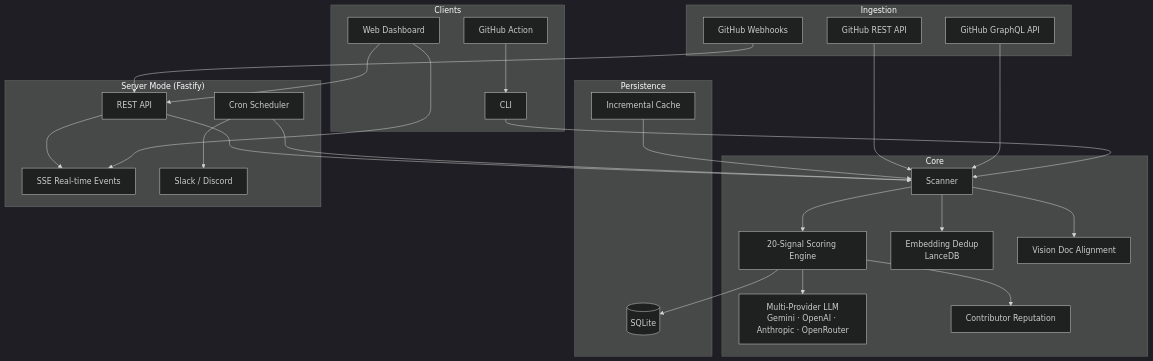
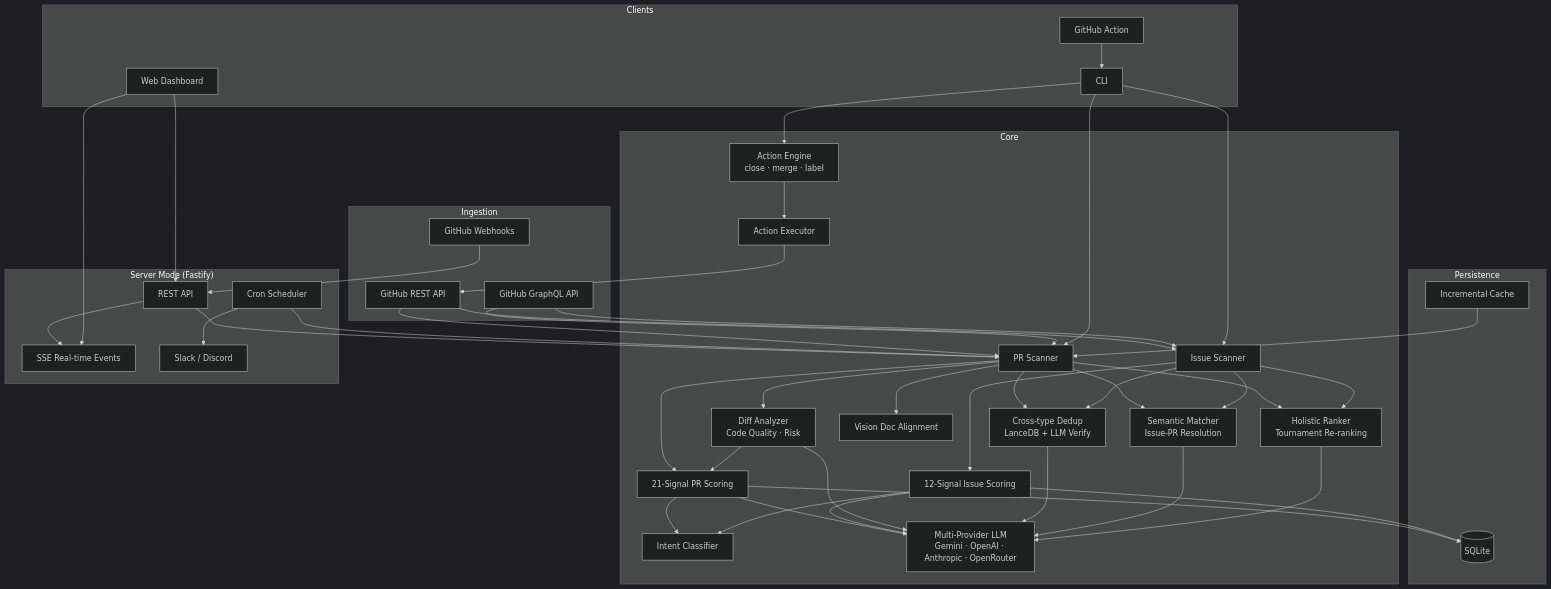
Before and after one commit to mahsumaktas/treliq: the diagram in README.md, drawn with Mermaid (dark theme). The commit also changed other lines of this file and 37 other files, not shown here.

First line of the commit message:
feat: v0.7.0 — Intent Classification, Issue Triage, Auto-Actions, Accuracy Pipeline (#32)

````diff
--- a/README.md
+++ b/README.md
@@ -180,53 +258,74 @@
 ```mermaid
 graph TB
     subgraph Ingestion
         GH_REST[GitHub REST API]
         GH_GQL[GitHub GraphQL API]
         WH[GitHub Webhooks]
     end
 
     subgraph Core
-        Scanner[Scanner]
-        Scoring[20-Signal Scoring Engine]
+        Scanner[PR Scanner]
+        IScan[Issue Scanner]
+        Scoring[21-Signal PR Scoring]
+        IScore[12-Signal Issue Scoring]
+        Intent[Intent Classifier]
         LLM[Multi-Provider LLM<br/>Gemini · OpenAI · Anthropic · OpenRouter]
-        Dedup[Embedding Dedup<br/>LanceDB]
+        Diff[Diff Analyzer<br/>Code Quality · Risk]
+        Dedup[Cross-type Dedup<br/>LanceDB + LLM Verify]
         Vision[Vision Doc Alignment]
-        Rep[Contributor Reputation]
+        Semantic[Semantic Matcher<br/>Issue-PR Resolution]
+        Holistic[Holistic Ranker<br/>Tournament Re-ranking]
+        Actions[Action Engine<br/>close · merge · label]
+        Executor[Action Executor]
     end
 
     subgraph Persistence
         SQLite[(SQLite)]
         Cache[Incremental Cache]
     end
 
     subgraph Server["Server Mode (Fastify)"]
         REST[REST API]
         SSE[SSE Real-time Events]
         Scheduler[Cron Scheduler]
         Notif[Slack / Discord]
     end
 
     subgraph Clients
         CLI[CLI]
         Dashboard[Web Dashboard]
         Action[GitHub Action]
     end
 
     GH_REST & GH_GQL --> Scanner
+    GH_REST & GH_GQL --> IScan
     WH --> REST
     Scanner --> Scoring
+    IScan --> IScore
+    Scoring --> Intent
+    IScore --> Intent
     Scoring --> LLM
-    Scanner --> Dedup
+    IScore --> LLM
+    Scanner --> Diff
+    Diff --> LLM
+    Diff --> Scoring
+    Scanner & IScan --> Dedup
+    Dedup --> LLM
     Scanner --> Vision
-    Scoring --> Rep
-    Scoring --> SQLite
+    Semantic --> LLM
+    Scanner & IScan --> Semantic
+    Scanner & IScan --> Holistic
+    Holistic --> LLM
+    Scoring & IScore --> SQLite
+    Actions --> Executor
+    Executor --> GH_REST
     Cache --> Scanner
     REST --> Scanner
     REST --> SSE
     Scheduler --> Scanner
     Scheduler --> Notif
-    CLI --> Scanner
+    CLI --> Scanner & IScan & Actions
     Dashboard --> REST
     Dashboard --> SSE
     Action --> CLI
 ```
````
